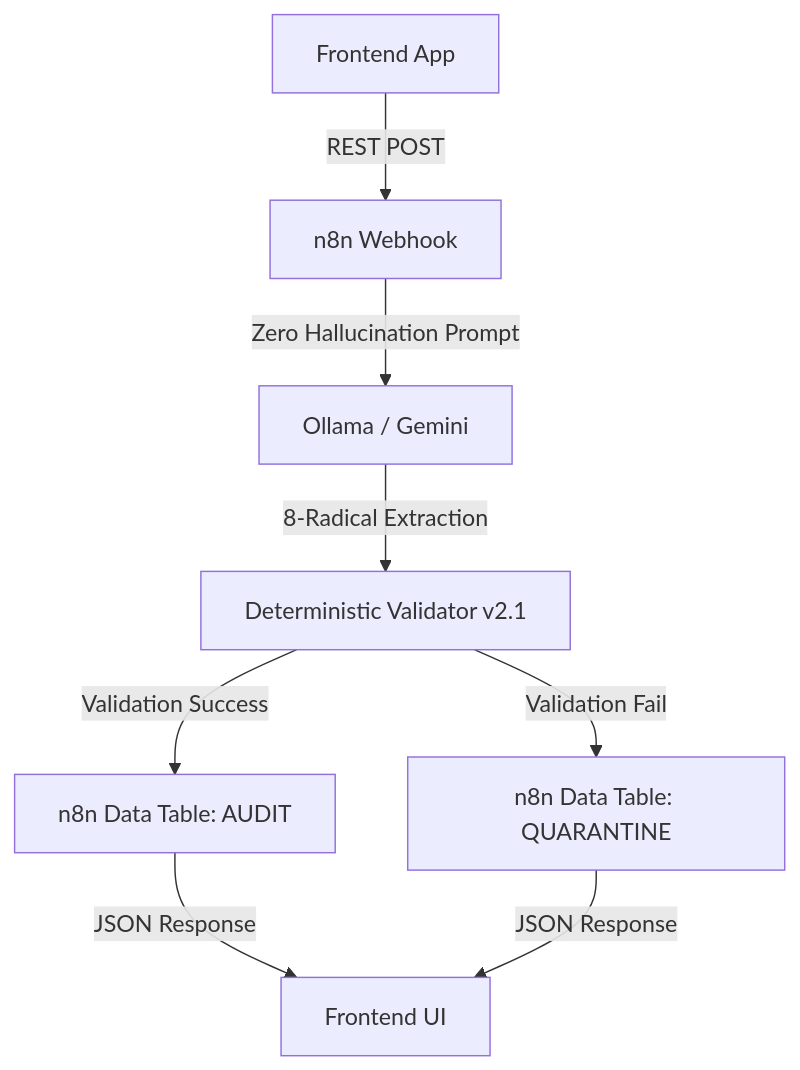
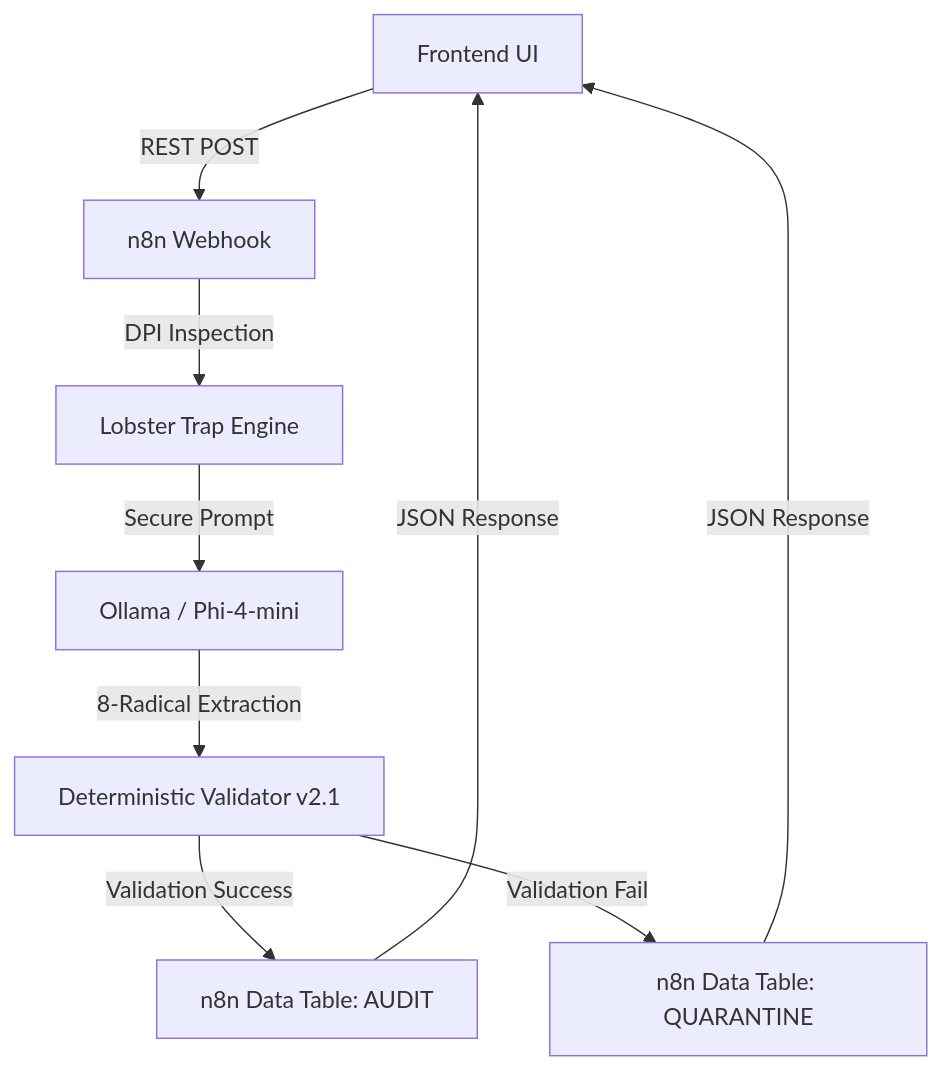
One commit to AlexusPacicus/TridenGuard changed the first of 2 diagrams in README.md. Above: the diagram before and after it, drawn with Mermaid. The commit also changed other lines of this file, not shown here.

Commit message:
docs: finalize hackathon readme with full architecture and quick start guide

````diff
--- a/README.md
+++ b/README.md
@@ -31,10 +31,11 @@
 ```mermaid
 graph TD
-    A[Frontend App] -->|REST POST| B[n8n Webhook]
-    B -->|Zero Hallucination Prompt| C[Ollama / Gemini]
-    C -->|8-Radical Extraction| D[Deterministic Validator v2.1]
-    D -->|Validation Success| E[n8n Data Table: AUDIT]
-    D -->|Validation Fail| F[n8n Data Table: QUARANTINE]
-    E -->|JSON Response| G[Frontend UI]
-    F -->|JSON Response| G
+    A[Frontend UI] -->|REST POST| B[n8n Webhook]
+    B -->|DPI Inspection| C[Lobster Trap Engine]
+    C -->|Secure Prompt| D[Ollama / Phi-4-mini]
+    D -->|8-Radical Extraction| E[Deterministic Validator v2.1]
+    E -->|Validation Success| F[n8n Data Table: AUDIT]
+    E -->|Validation Fail| G[n8n Data Table: QUARANTINE]
+    F -->|JSON Response| A
+    G -->|JSON Response| A
 ```
````
